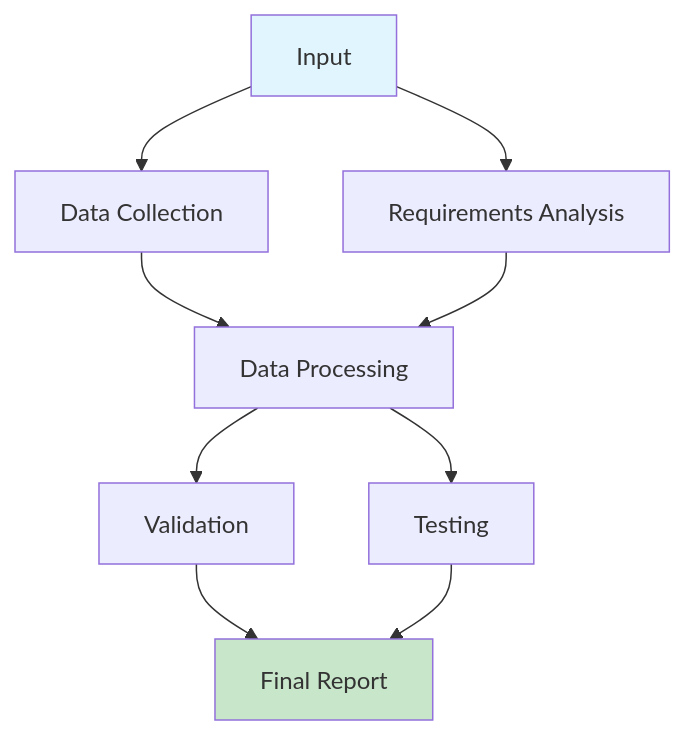
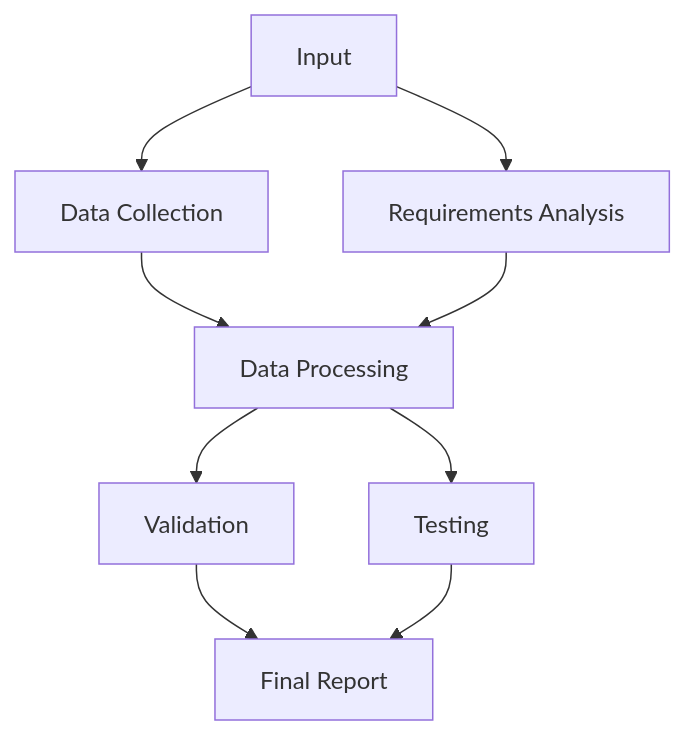
Before and after one commit to kyegomez/swarms: the fourth of 12 diagrams in docs/swarms/concept/how_to_choose_swarms.md, drawn with Mermaid. The commit also changed other lines of this file, not shown here.

````diff
--- a/docs/swarms/concept/how_to_choose_swarms.md
+++ b/docs/swarms/concept/how_to_choose_swarms.md
@@ -266,17 +260,15 @@
 ```mermaid
 graph TD
     A[Input] --> B[Data Collection]
     A --> C[Requirements Analysis]
 
     B --> D[Data Processing]
     C --> D
 
     D --> E[Validation]
     D --> F[Testing]
 
     E --> G[Final Report]
     F --> G
 
-    style A fill:#e1f5fe
-    style G fill:#c8e6c9
 ```
````
